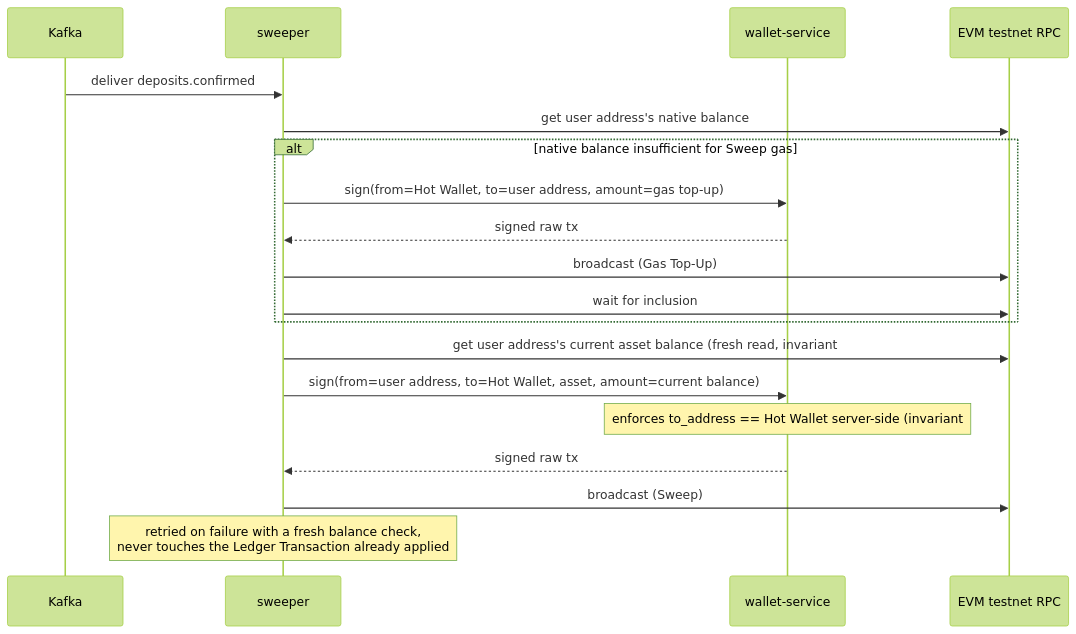
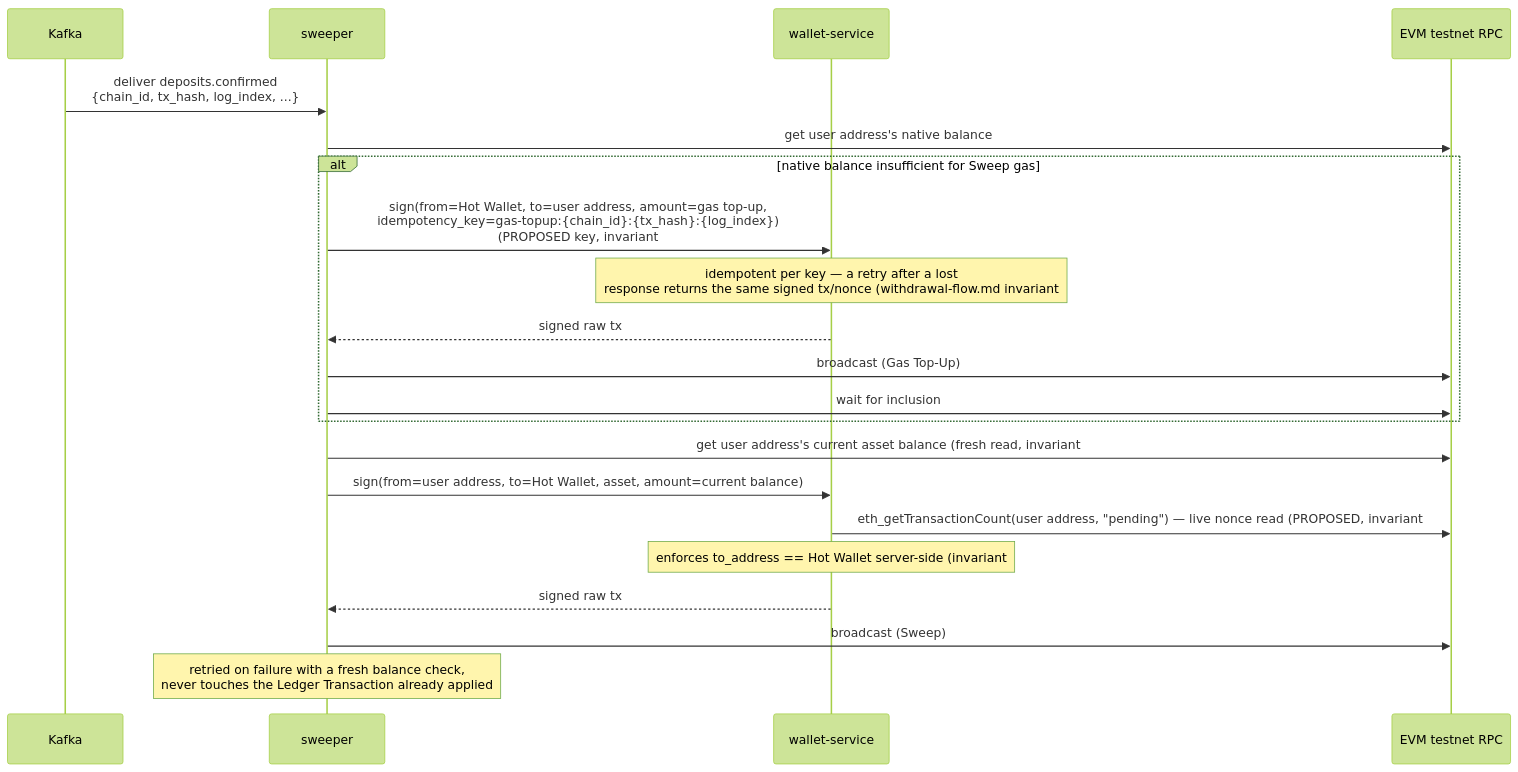
One commit to VuKhuongDuy/DigiWal changed the second of 2 diagrams in docs/design/deposit-flow.md. Above: the diagram before and after it, drawn with Mermaid (forest theme). The commit also changed other lines of this file and 5 other files, not shown here.

````diff
--- a/docs/design/deposit-flow.md
+++ b/docs/design/deposit-flow.md
@@ -215,22 +265,24 @@
 ```mermaid
 sequenceDiagram
     participant Kafka
     participant Sweeper as sweeper
     participant Wallet as wallet-service
     participant RPC as EVM testnet RPC
 
-    Kafka->>Sweeper: deliver deposits.confirmed
+    Kafka->>Sweeper: deliver deposits.confirmed<br/>{chain_id, tx_hash, log_index, ...}
     Sweeper->>RPC: get user address's native balance
     alt native balance insufficient for Sweep gas
-        Sweeper->>Wallet: sign(from=Hot Wallet, to=user address, amount=gas top-up)
+        Sweeper->>Wallet: sign(from=Hot Wallet, to=user address, amount=gas top-up,<br/>idempotency_key=gas-topup:{chain_id}:{tx_hash}:{log_index})<br/>(PROPOSED key, invariant #13)
+        Note over Wallet: idempotent per key — a retry after a lost<br/>response returns the same signed tx/nonce (withdrawal-flow.md invariant #16)
         Wallet-->>Sweeper: signed raw tx
         Sweeper->>RPC: broadcast (Gas Top-Up)
         Sweeper->>RPC: wait for inclusion
     end
     Sweeper->>RPC: get user address's current asset balance (fresh read, invariant #10)
     Sweeper->>Wallet: sign(from=user address, to=Hot Wallet, asset, amount=current balance)
+    Wallet->>RPC: eth_getTransactionCount(user address, "pending") — live nonce read (PROPOSED, invariant #12)
     Note over Wallet: enforces to_address == Hot Wallet server-side (invariant #7)
     Wallet-->>Sweeper: signed raw tx
     Sweeper->>RPC: broadcast (Sweep)
     Note over Sweeper: retried on failure with a fresh balance check,<br/>never touches the Ledger Transaction already applied
 ```
````
